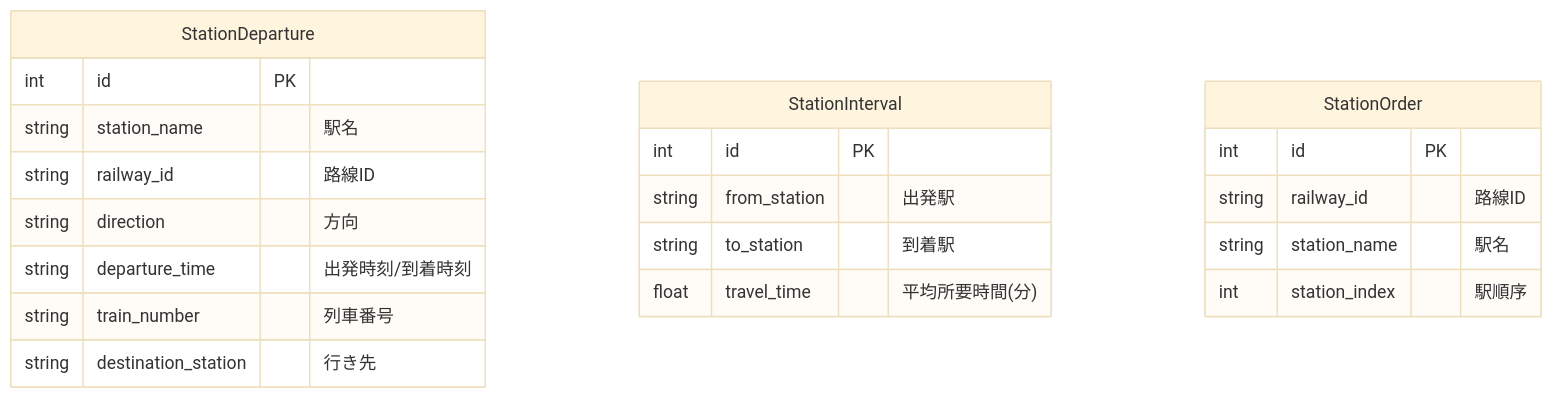
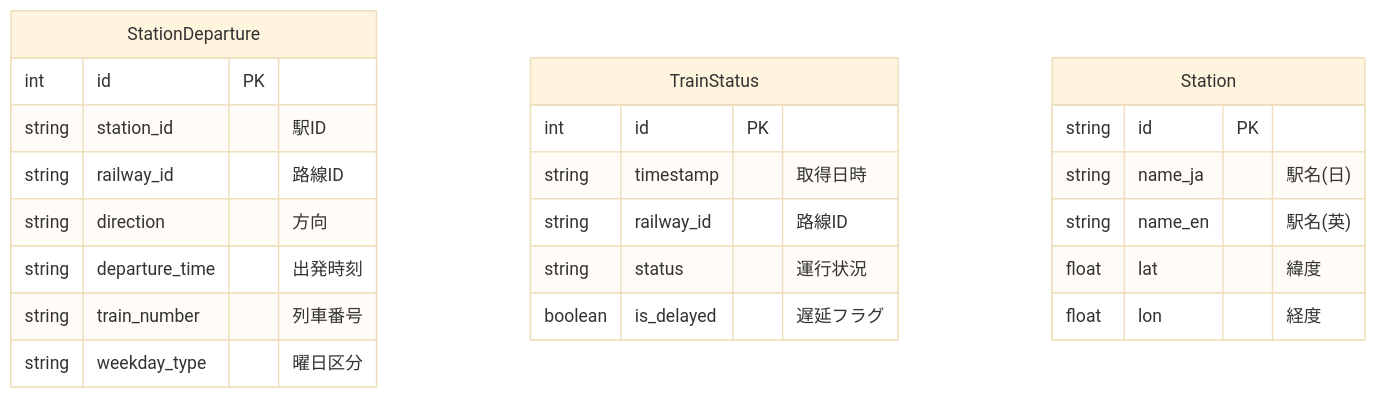
One commit to tatsukikitamura/opendata changed the diagram in .agent/plan/db_schema.md. Above: the diagram before and after it, drawn with Mermaid (base theme). The commit also changed other lines of this file and 8 other files, not shown here.

````diff
--- a/.agent/plan/db_schema.md
+++ b/.agent/plan/db_schema.md
@@ -5,26 +5,28 @@
 ```mermaid
 erDiagram
     StationDeparture {
         int id PK
-        string station_name "駅名"
+        string station_id "駅ID"
         string railway_id "路線ID"
         string direction "方向"
-        string departure_time "出発時刻/到着時刻"
+        string departure_time "出発時刻"
         string train_number "列車番号"
-        string destination_station "行き先"
+        string weekday_type "曜日区分"
     }
 
-    StationInterval {
+    TrainStatus {
         int id PK
-        string from_station "出発駅"
-        string to_station "到着駅"
-        float travel_time "平均所要時間(分)"
+        string timestamp "取得日時"
+        string railway_id "路線ID"
+        string status "運行状況"
+        boolean is_delayed "遅延フラグ"
     }
 
-    StationOrder {
-        int id PK
-        string railway_id "路線ID"
-        string station_name "駅名"
-        int station_index "駅順序"
+    Station {
+        string id PK
+        string name_ja "駅名(日)"
+        string name_en "駅名(英)"
+        float lat "緯度"
+        float lon "経度"
     }
 ```
````
